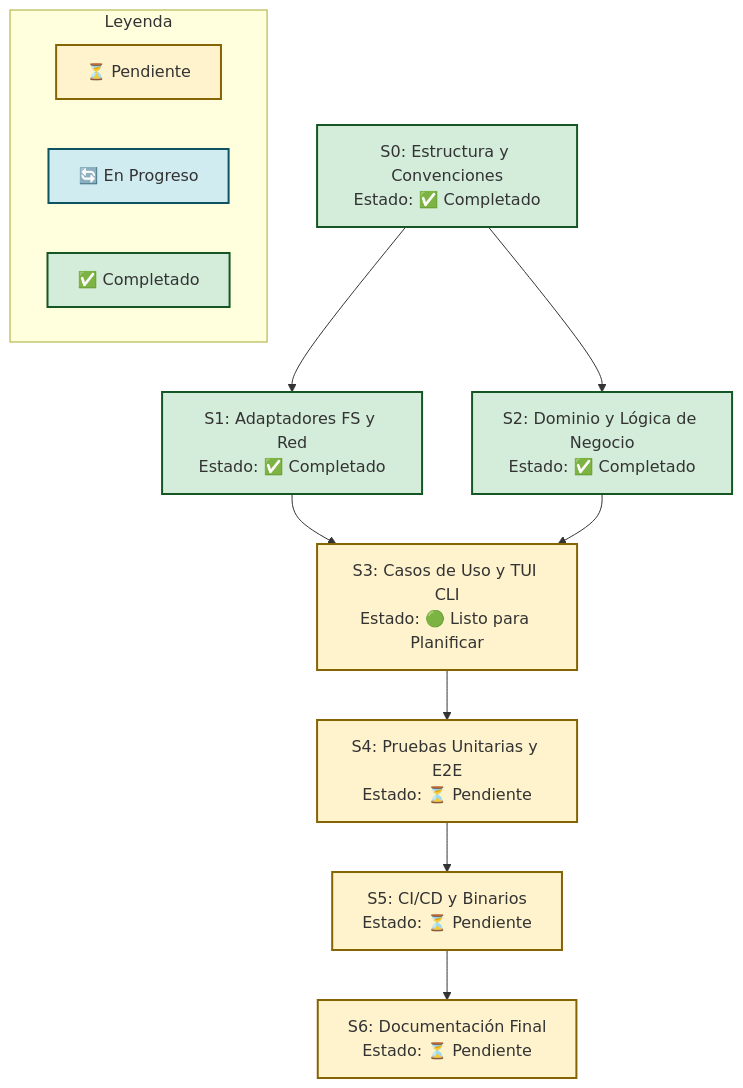
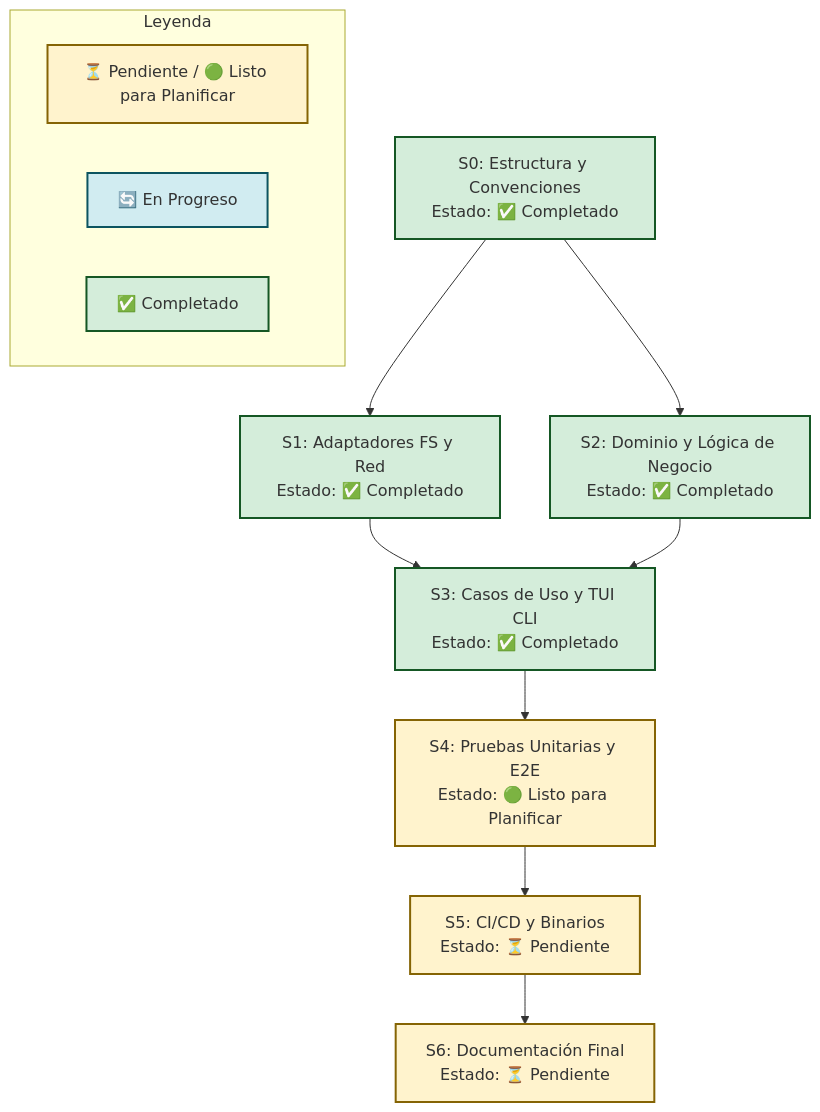
One commit to Fisherk2/codice-opencode changed the diagram in docs/WORKFLOW.md. Above: the diagram before and after it, drawn with Mermaid. The commit also changed other lines of this file, not shown here.

````diff
--- a/docs/WORKFLOW.md
+++ b/docs/WORKFLOW.md
@@ -88,32 +92,32 @@
 ```mermaid
 graph TD
     %% Definición de estilos
     classDef pending fill:#fff3cd,stroke:#856404,stroke-width:2px;
     classDef progress fill:#d1ecf1,stroke:#0c5460,stroke-width:2px;
     classDef done fill:#d4edda,stroke:#155724,stroke-width:2px;
 
     %% Nodos del grafo
     S0[S0: Estructura y Convenciones<br/>Estado: ✅ Completado]:::done
     S1[S1: Adaptadores FS y Red<br/>Estado: ✅ Completado]:::done
     S2[S2: Dominio y Lógica de Negocio<br/>Estado: ✅ Completado]:::done
-    S3[S3: Casos de Uso y TUI CLI<br/>Estado: 🟢 Listo para Planificar]:::pending
-    S4[S4: Pruebas Unitarias y E2E<br/>Estado: ⏳ Pendiente]:::pending
+    S3[S3: Casos de Uso y TUI CLI<br/>Estado: ✅ Completado]:::done
+    S4[S4: Pruebas Unitarias y E2E<br/>Estado: 🟢 Listo para Planificar]:::pending
     S5[S5: CI/CD y Binarios<br/>Estado: ⏳ Pendiente]:::pending
     S6[S6: Documentación Final<br/>Estado: ⏳ Pendiente]:::pending
 
     %% Flechas de dependencia (Grafo Dirigido Acíclico)
     S0 --> S1
     S0 --> S2
     S1 --> S3
     S2 --> S3
     S3 --> S4
     S4 --> S5
     S5 --> S6
 
     %% Leyenda
     subgraph Leyenda
-        L1[⏳ Pendiente]:::pending
+        L1[⏳ Pendiente / 🟢 Listo para Planificar]:::pending
         L2[🔄 En Progreso]:::progress
         L3[✅ Completado]:::done
     end
 ```
````
